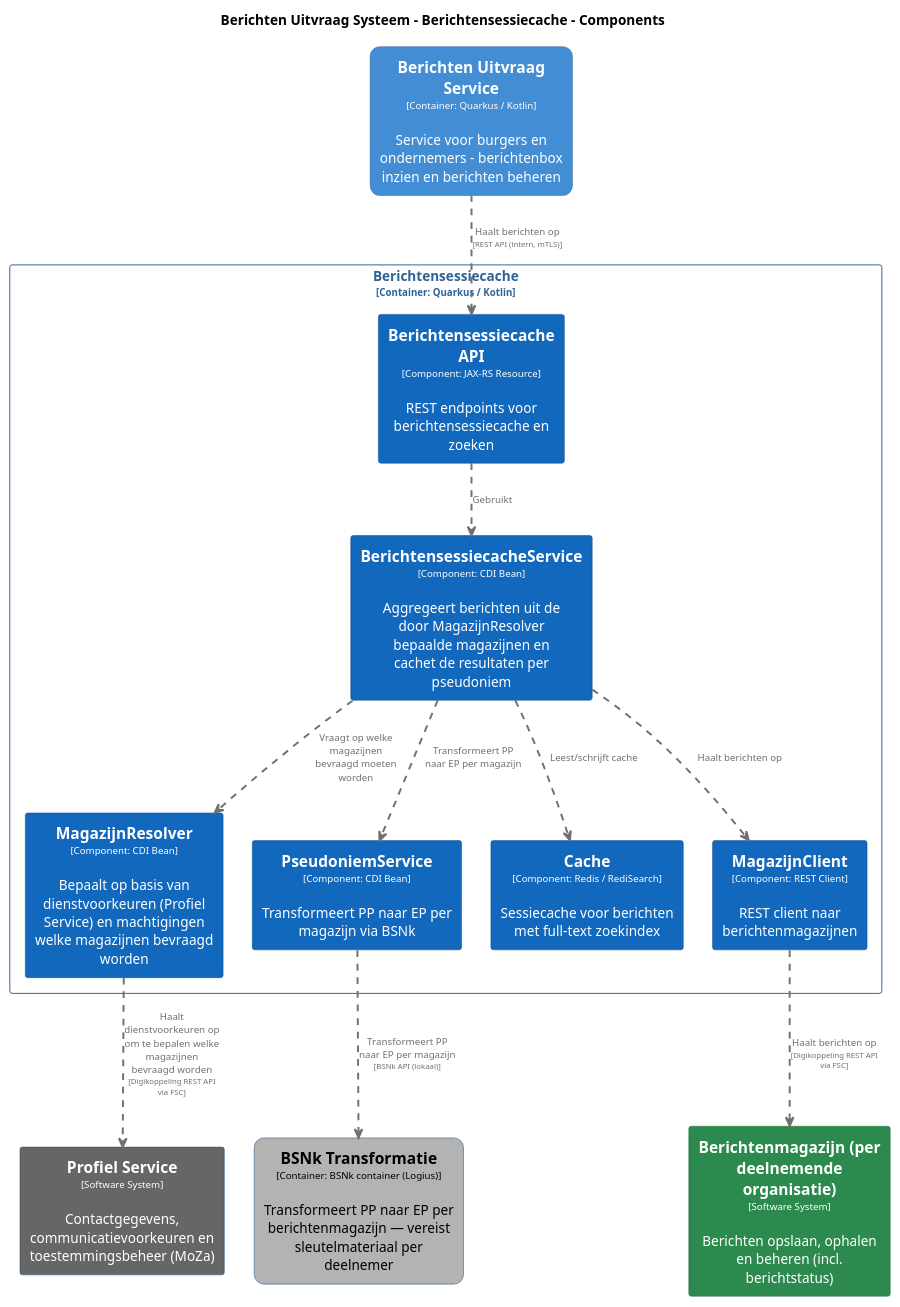
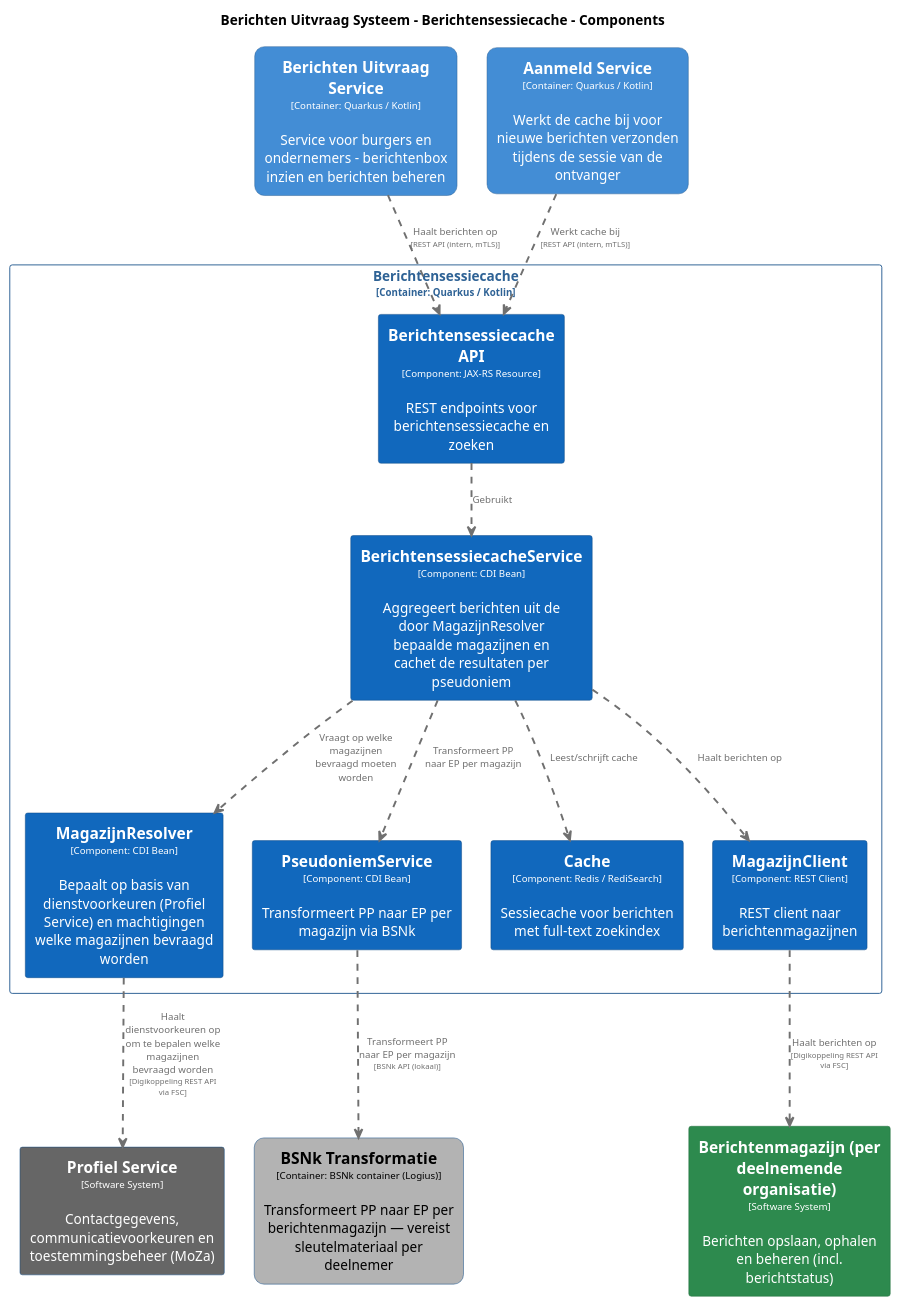
The diagram in pr-preview/pr-22/master/puml/BerichtensessiecacheComponenten.puml (MinBZK/moza-poc-fbs-berichtenbox), drawn with PlantUML before and after one commit. The commit also changed 66 other files, not shown here.

```diff
--- a/pr-preview/pr-22/master/puml/BerichtensessiecacheComponenten.puml
+++ b/pr-preview/pr-22/master/puml/BerichtensessiecacheComponenten.puml
@@ -1,109 +1,118 @@
 @startuml
 set separator none
 title Berichten Uitvraag Systeem - Berichtensessiecache - Components
 
 top to bottom direction
 skinparam ranksep 60
 skinparam nodesep 30
 
 skinparam {
   arrowFontSize 10
   defaultTextAlignment center
   wrapWidth 200
   maxMessageSize 100
 }
 
 hide stereotype
 
+skinparam rectangle<<BerichtenUitvraagSysteem.AanmeldService>> {
+  BackgroundColor #438dd5
+  FontColor #ffffff
+  BorderColor #2e6295
+  roundCorner 20
+  shadowing false
+}
 skinparam rectangle<<BerichtenUitvraagSysteem.BSNkTransformatie>> {
   BackgroundColor #b3b3b3
   FontColor #000000
   BorderColor #0b4884
   roundCorner 20
   shadowing false
 }
 skinparam rectangle<<BerichtenUitvraagSysteem.BerichtenUitvraagService>> {
   BackgroundColor #438dd5
   FontColor #ffffff
   BorderColor #2e6295
   roundCorner 20
   shadowing false
 }
 skinparam rectangle<<Berichtenmagazijnperdeelnemendeorganisatie>> {
   BackgroundColor #2d8a4e
   FontColor #ffffff
   BorderColor #1e6b38
   shadowing false
 }
 skinparam rectangle<<BerichtenUitvraagSysteem.Berichtensessiecache.BerichtensessiecacheAPI>> {
   BackgroundColor #1168bd
   FontColor #ffffff
   BorderColor #0b4884
   shadowing false
 }
 skinparam rectangle<<BerichtenUitvraagSysteem.Berichtensessiecache.BerichtensessiecacheService>> {
   BackgroundColor #1168bd
   FontColor #ffffff
   BorderColor #0b4884
   shadowing false
 }
 skinparam rectangle<<BerichtenUitvraagSysteem.Berichtensessiecache.Cache>> {
   BackgroundColor #1168bd
   FontColor #ffffff
   BorderColor #0b4884
   shadowing false
 }
 skinparam rectangle<<BerichtenUitvraagSysteem.Berichtensessiecache.MagazijnClient>> {
   BackgroundColor #1168bd
   FontColor #ffffff
   BorderColor #0b4884
   shadowing false
 }
 skinparam rectangle<<BerichtenUitvraagSysteem.Berichtensessiecache.MagazijnResolver>> {
   BackgroundColor #1168bd
   FontColor #ffffff
   BorderColor #0b4884
   shadowing false
 }
 skinparam rectangle<<ProfielService>> {
   BackgroundColor #666666
   FontColor #ffffff
   BorderColor #0b4884
   shadowing false
 }
 skinparam rectangle<<BerichtenUitvraagSysteem.Berichtensessiecache.PseudoniemService>> {
   BackgroundColor #1168bd
   FontColor #ffffff
   BorderColor #0b4884
   shadowing false
 }
 skinparam rectangle<<BerichtenUitvraagSysteem.Berichtensessiecache>> {
   BorderColor #2e6295
   FontColor #2e6295
   shadowing false
 }
 
 rectangle "==Profiel Service\n<size:10>[Software System]</size>\n\nContactgegevens, communicatievoorkeuren en toestemmingsbeheer (MoZa)" <<ProfielService>> as ProfielService
 rectangle "==Berichtenmagazijn (per deelnemende organisatie)\n<size:10>[Software System]</size>\n\nBerichten opslaan, ophalen en beheren (incl. berichtstatus)" <<Berichtenmagazijnperdeelnemendeorganisatie>> as Berichtenmagazijnperdeelnemendeorganisatie
 rectangle "==Berichten Uitvraag Service\n<size:10>[Container: Quarkus / Kotlin]</size>\n\nService voor burgers en ondernemers - berichtenbox inzien en berichten beheren" <<BerichtenUitvraagSysteem.BerichtenUitvraagService>> as BerichtenUitvraagSysteem.BerichtenUitvraagService
 rectangle "==BSNk Transformatie\n<size:10>[Container: BSNk container (Logius)]</size>\n\nTransformeert PP naar EP per berichtenmagazijn — vereist sleutelmateriaal per deelnemer" <<BerichtenUitvraagSysteem.BSNkTransformatie>> as BerichtenUitvraagSysteem.BSNkTransformatie
+rectangle "==Aanmeld Service\n<size:10>[Container: Quarkus / Kotlin]</size>\n\nWerkt de cache bij voor nieuwe berichten verzonden tijdens de sessie van de ontvanger" <<BerichtenUitvraagSysteem.AanmeldService>> as BerichtenUitvraagSysteem.AanmeldService
 
 rectangle "Berichtensessiecache\n<size:10>[Container: Quarkus / Kotlin]</size>" <<BerichtenUitvraagSysteem.Berichtensessiecache>> {
   rectangle "==Berichtensessiecache API\n<size:10>[Component: JAX-RS Resource]</size>\n\nREST endpoints voor berichtensessiecache en zoeken" <<BerichtenUitvraagSysteem.Berichtensessiecache.BerichtensessiecacheAPI>> as BerichtenUitvraagSysteem.Berichtensessiecache.BerichtensessiecacheAPI
   rectangle "==MagazijnResolver\n<size:10>[Component: CDI Bean]</size>\n\nBepaalt op basis van dienstvoorkeuren (Profiel Service) en machtigingen welke magazijnen bevraagd worden" <<BerichtenUitvraagSysteem.Berichtensessiecache.MagazijnResolver>> as BerichtenUitvraagSysteem.Berichtensessiecache.MagazijnResolver
   rectangle "==PseudoniemService\n<size:10>[Component: CDI Bean]</size>\n\nTransformeert PP naar EP per magazijn via BSNk" <<BerichtenUitvraagSysteem.Berichtensessiecache.PseudoniemService>> as BerichtenUitvraagSysteem.Berichtensessiecache.PseudoniemService
   rectangle "==BerichtensessiecacheService\n<size:10>[Component: CDI Bean]</size>\n\nAggregeert berichten uit de door MagazijnResolver bepaalde magazijnen en cachet de resultaten per pseudoniem" <<BerichtenUitvraagSysteem.Berichtensessiecache.BerichtensessiecacheService>> as BerichtenUitvraagSysteem.Berichtensessiecache.BerichtensessiecacheService
   rectangle "==Cache\n<size:10>[Component: Redis / RediSearch]</size>\n\nSessiecache voor berichten met full-text zoekindex" <<BerichtenUitvraagSysteem.Berichtensessiecache.Cache>> as BerichtenUitvraagSysteem.Berichtensessiecache.Cache
   rectangle "==MagazijnClient\n<size:10>[Component: REST Client]</size>\n\nREST client naar berichtenmagazijnen" <<BerichtenUitvraagSysteem.Berichtensessiecache.MagazijnClient>> as BerichtenUitvraagSysteem.Berichtensessiecache.MagazijnClient
 }
 
 BerichtenUitvraagSysteem.Berichtensessiecache.MagazijnResolver .[#707070,thickness=2].> ProfielService : "<color:#707070>Haalt dienstvoorkeuren op om te bepalen welke magazijnen bevraagd worden\n<color:#707070><size:8>[Digikoppeling REST API via FSC]</size>"
 BerichtenUitvraagSysteem.Berichtensessiecache.MagazijnClient .[#707070,thickness=2].> Berichtenmagazijnperdeelnemendeorganisatie : "<color:#707070>Haalt berichten op\n<color:#707070><size:8>[Digikoppeling REST API via FSC]</size>"
 BerichtenUitvraagSysteem.Berichtensessiecache.BerichtensessiecacheAPI .[#707070,thickness=2].> BerichtenUitvraagSysteem.Berichtensessiecache.BerichtensessiecacheService : "<color:#707070>Gebruikt"
 BerichtenUitvraagSysteem.Berichtensessiecache.BerichtensessiecacheService .[#707070,thickness=2].> BerichtenUitvraagSysteem.Berichtensessiecache.MagazijnResolver : "<color:#707070>Vraagt op welke magazijnen bevraagd moeten worden"
 BerichtenUitvraagSysteem.Berichtensessiecache.BerichtensessiecacheService .[#707070,thickness=2].> BerichtenUitvraagSysteem.Berichtensessiecache.PseudoniemService : "<color:#707070>Transformeert PP naar EP per magazijn"
 BerichtenUitvraagSysteem.Berichtensessiecache.BerichtensessiecacheService .[#707070,thickness=2].> BerichtenUitvraagSysteem.Berichtensessiecache.Cache : "<color:#707070>Leest/schrijft cache"
 BerichtenUitvraagSysteem.Berichtensessiecache.BerichtensessiecacheService .[#707070,thickness=2].> BerichtenUitvraagSysteem.Berichtensessiecache.MagazijnClient : "<color:#707070>Haalt berichten op"
 BerichtenUitvraagSysteem.Berichtensessiecache.PseudoniemService .[#707070,thickness=2].> BerichtenUitvraagSysteem.BSNkTransformatie : "<color:#707070>Transformeert PP naar EP per magazijn\n<color:#707070><size:8>[BSNk API (lokaal)]</size>"
+BerichtenUitvraagSysteem.AanmeldService .[#707070,thickness=2].> BerichtenUitvraagSysteem.Berichtensessiecache.BerichtensessiecacheAPI : "<color:#707070>Werkt cache bij\n<color:#707070><size:8>[REST API (intern, mTLS)]</size>"
 BerichtenUitvraagSysteem.BerichtenUitvraagService .[#707070,thickness=2].> BerichtenUitvraagSysteem.Berichtensessiecache.BerichtensessiecacheAPI : "<color:#707070>Haalt berichten op\n<color:#707070><size:8>[REST API (intern, mTLS)]</size>"
 @enduml
```
